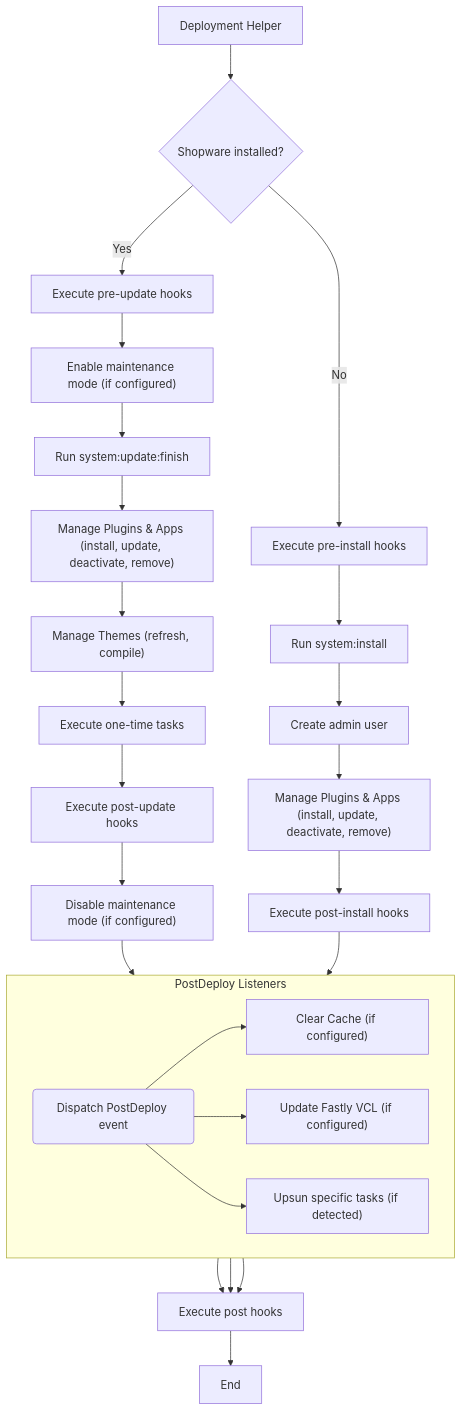
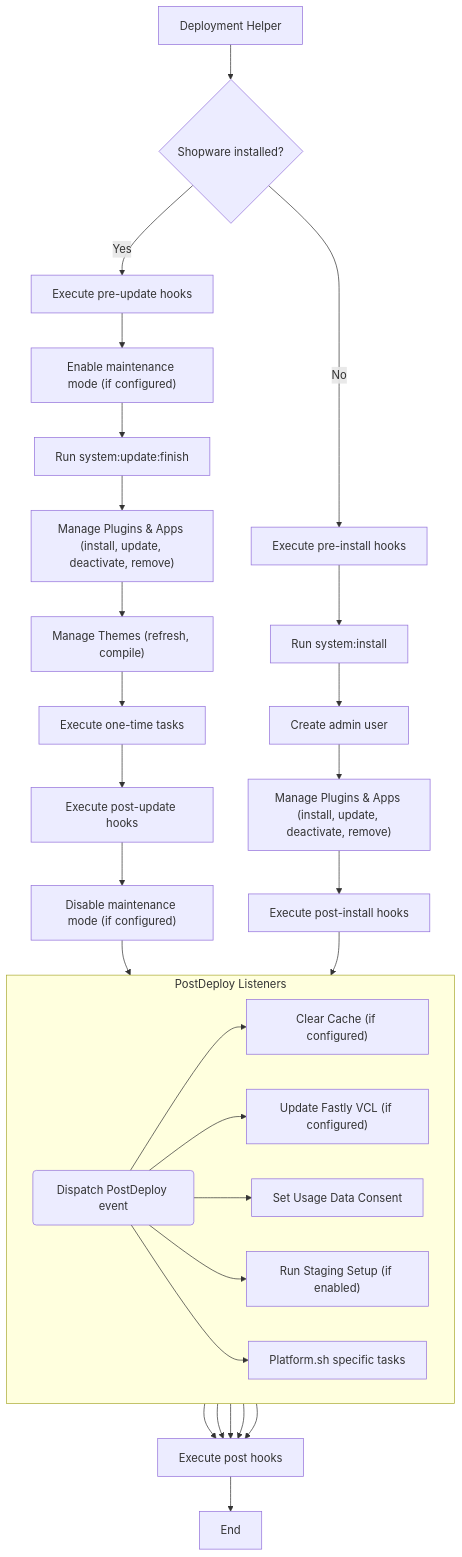
One commit to shopware/docs changed the diagram in guides/hosting/installation-updates/deployments/deployment-helper.md. Above: the diagram before and after it, drawn with Mermaid. The commit also changed other lines of this file and 12 other files, not shown here.

````diff
--- a/guides/hosting/installation-updates/deployments/deployment-helper.md
+++ b/guides/hosting/installation-updates/deployments/deployment-helper.md
@@ -28,35 +39,39 @@
 ```mermaid
 
 graph TD
     A[Deployment Helper] --> B{Shopware installed?};
     B -- Yes --> E[Execute pre-update hooks];
     B -- No --> N[Execute pre-install hooks];
 
     E --> F["Enable maintenance mode (if configured)"];
     F --> G[Run system:update:finish];
     G --> H["Manage Plugins & Apps (install, update, deactivate, remove)"];
     H --> I["Manage Themes (refresh, compile)"];
     I --> J[Execute one-time tasks];
     J --> K[Execute post-update hooks];
     K --> L["Disable maintenance mode (if configured)"];
     L --> M(Dispatch PostDeploy event);
 
     N --> O[Run system:install];
     O --> P[Create admin user];
     P --> R["Manage Plugins & Apps (install, update, deactivate, remove)"];
     R --> S[Execute post-install hooks];
     S --> M;
 
     subgraph PostDeploy Listeners
         direction LR
         M --> M1["Clear Cache (if configured)"];
         M --> M2["Update Fastly VCL (if configured)"];
-        M --> M3["Upsun specific tasks (if detected)"];
+        M --> M3["Set Usage Data Consent"];
+        M --> M4["Run Staging Setup (if enabled)"];
+        M --> M5["Platform.sh specific tasks"];
     end
 
     M1 --> T[Execute post hooks];
     M2 --> T;
     M3 --> T;
+    M4 --> T;
+    M5 --> T;
 
     T --> U[End];
 ```
````
